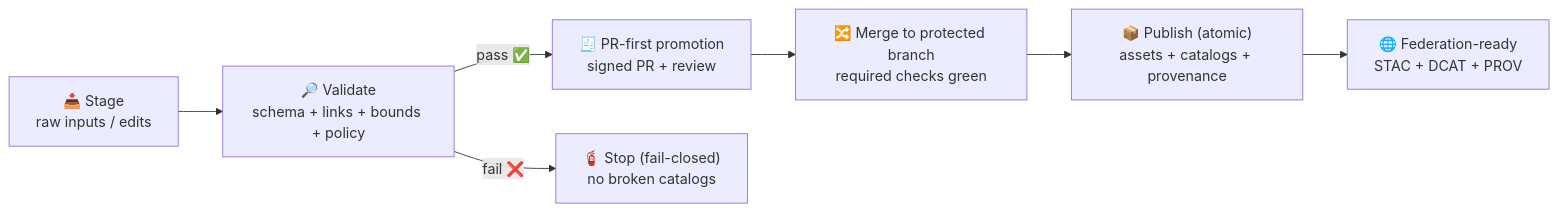
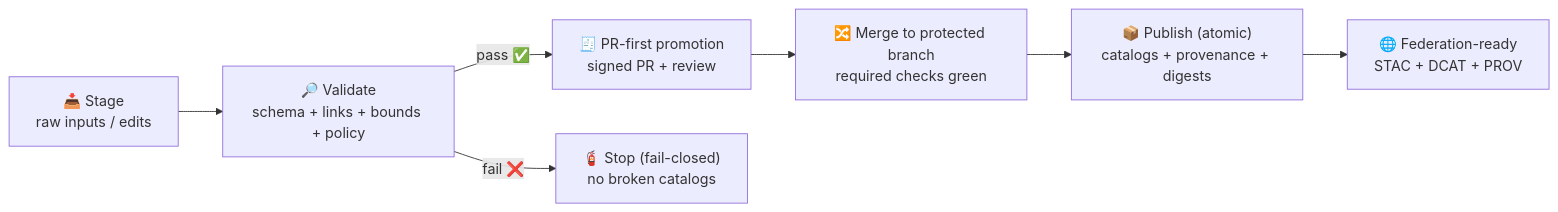
The second of 2 diagrams in .github/workflows/README.md (bartytime4life/Kansas-Frontier-Matrix), drawn with Mermaid before and after one commit. The commit also changed other lines of this file, not shown here.

````diff
--- a/.github/workflows/README.md
+++ b/.github/workflows/README.md
@@ -456,9 +468,9 @@
 ```mermaid
 flowchart LR
   RAW["📥 Stage<br/>raw inputs / edits"] --> VAL["🔎 Validate<br/>schema + links + bounds + policy"]
   VAL -->|pass ✅| PR["🧾 PR-first promotion<br/>signed PR + review"]
   VAL -->|fail ❌| STOP["🧯 Stop (fail-closed)<br/>no broken catalogs"]
   PR --> MERGE["🔀 Merge to protected branch<br/>required checks green"]
-  MERGE --> PUB["📦 Publish (atomic)<br/>assets + catalogs + provenance"]
+  MERGE --> PUB["📦 Publish (atomic)<br/>catalogs + provenance + digests"]
   PUB --> FED["🌐 Federation-ready<br/>STAC + DCAT + PROV"]
 ```
````
